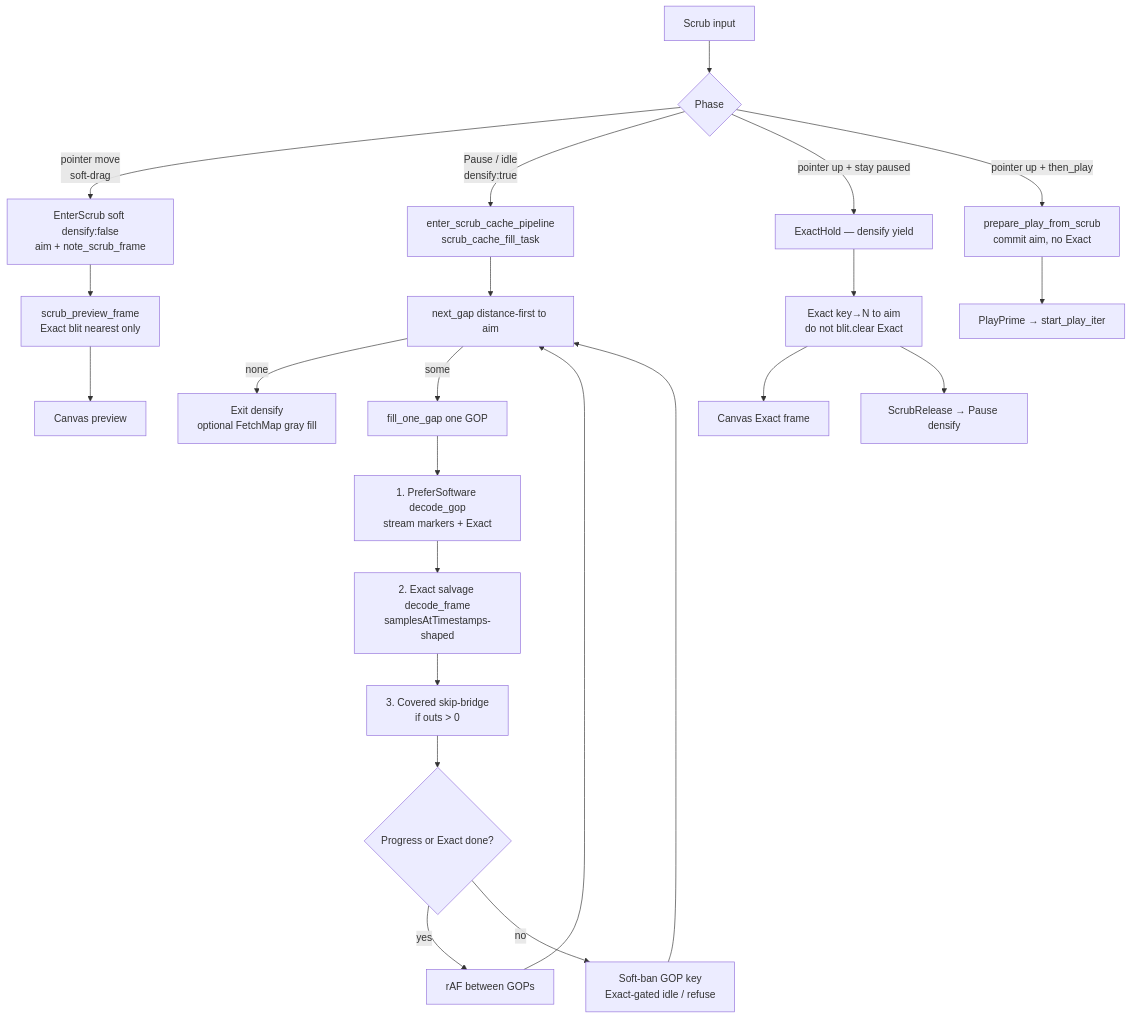
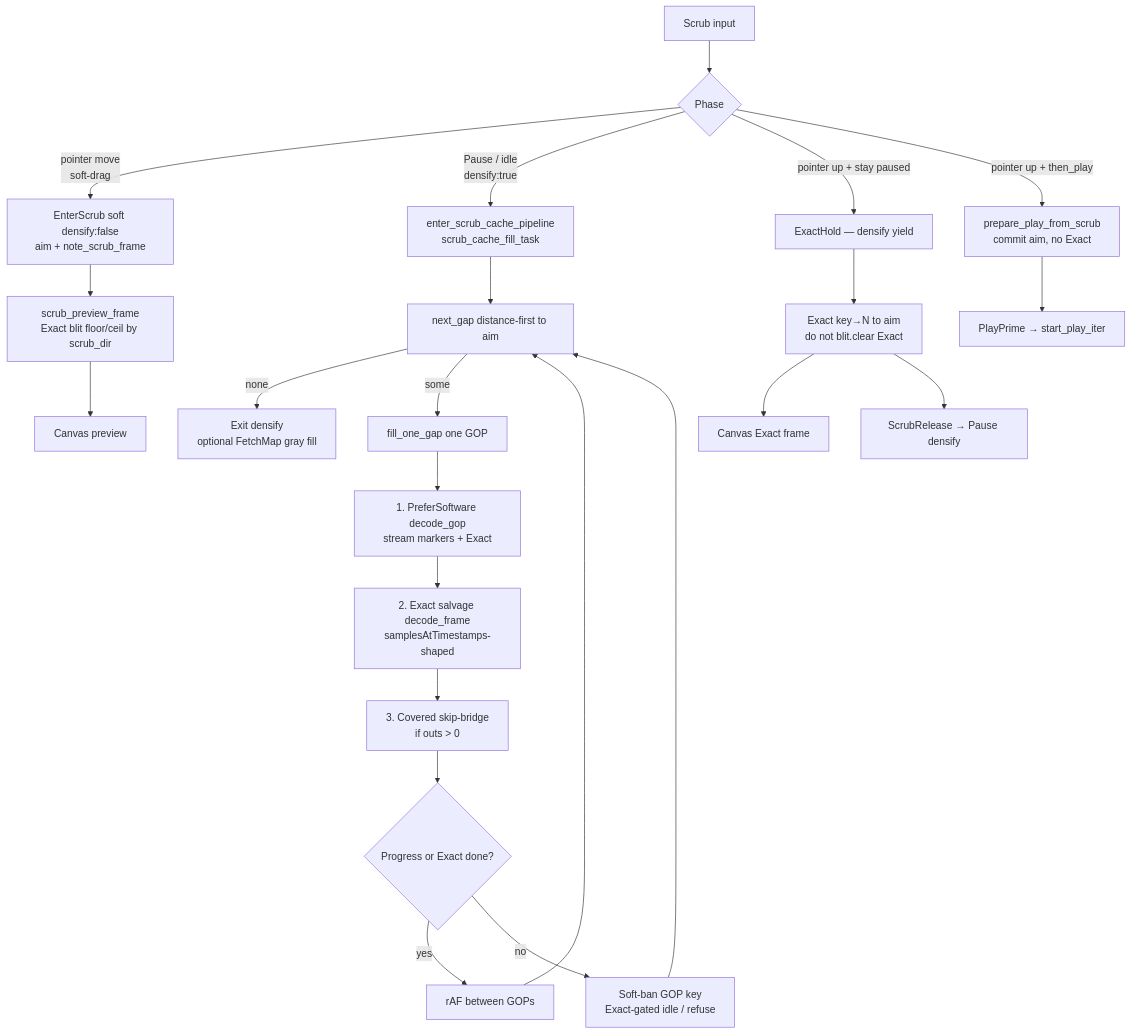
Before and after one commit to alexantoshuk/fpmedia-web: the third of 4 diagrams in .ai/architecture.md, drawn with Mermaid. The commit also changed other lines of this file and 9 other files, not shown here.

First line of the commit message:
fix(player): bias scrub/hover preview by drag direction

````diff
--- a/.ai/architecture.md
+++ b/.ai/architecture.md
@@ -208,25 +208,25 @@
 ```mermaid
 flowchart TD
   IN["Scrub input"] --> KIND{Phase}
   KIND -->|"pointer move<br/>soft-drag"| SD["EnterScrub soft densify:false<br/>aim + note_scrub_frame"]
-  SD --> PREV["scrub_preview_frame<br/>Exact blit nearest only"]
+  SD --> PREV["scrub_preview_frame<br/>Exact blit floor/ceil by scrub_dir"]
   PREV --> CANVAS1["Canvas preview"]
   KIND -->|"Pause / idle<br/>densify:true"| DZ["enter_scrub_cache_pipeline<br/>scrub_cache_fill_task"]
   DZ --> GAP["next_gap distance-first to aim"]
   GAP -->|none| STOP["Exit densify<br/>optional FetchMap gray fill"]
   GAP -->|some| FILL["fill_one_gap one GOP"]
   FILL --> G1["1. PreferSoftware decode_gop<br/>stream markers + Exact"]
   G1 --> G2["2. Exact salvage decode_frame<br/>samplesAtTimestamps-shaped"]
   G2 --> G3["3. Covered skip-bridge<br/>if outs > 0"]
   G3 --> PROG{"Progress or Exact done?"}
   PROG -->|yes| YIELD["rAF between GOPs"]
   PROG -->|no| BAN["Soft-ban GOP key<br/>Exact-gated idle / refuse"]
   YIELD --> GAP
   BAN --> GAP
   KIND -->|"pointer up + stay paused"| ST["ExactHold — densify yield"]
   ST --> EXN["Exact key→N to aim<br/>do not blit.clear Exact"]
   EXN --> CANVAS2["Canvas Exact frame"]
   EXN --> REARM["ScrubRelease → Pause densify"]
   KIND -->|"pointer up + then_play"| PP["prepare_play_from_scrub<br/>commit aim, no Exact"]
   PP --> PRIME["PlayPrime → start_play_iter"]
 ```
````
